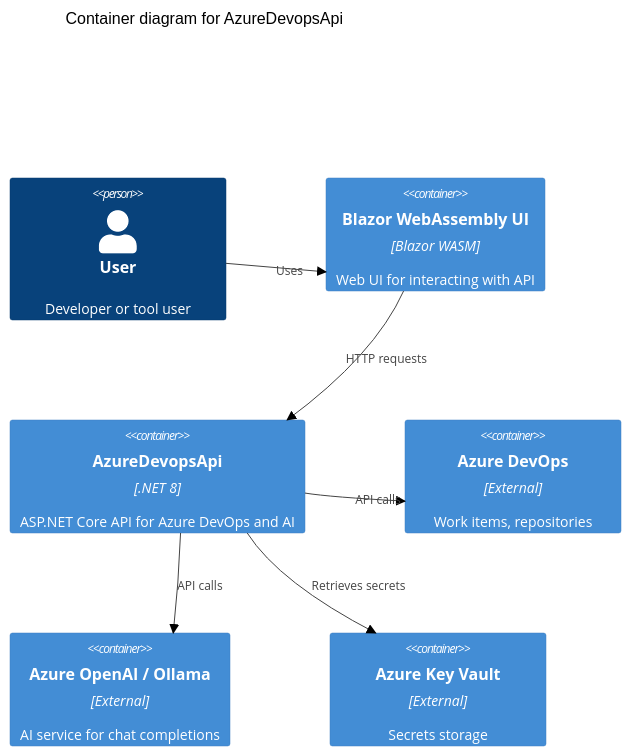
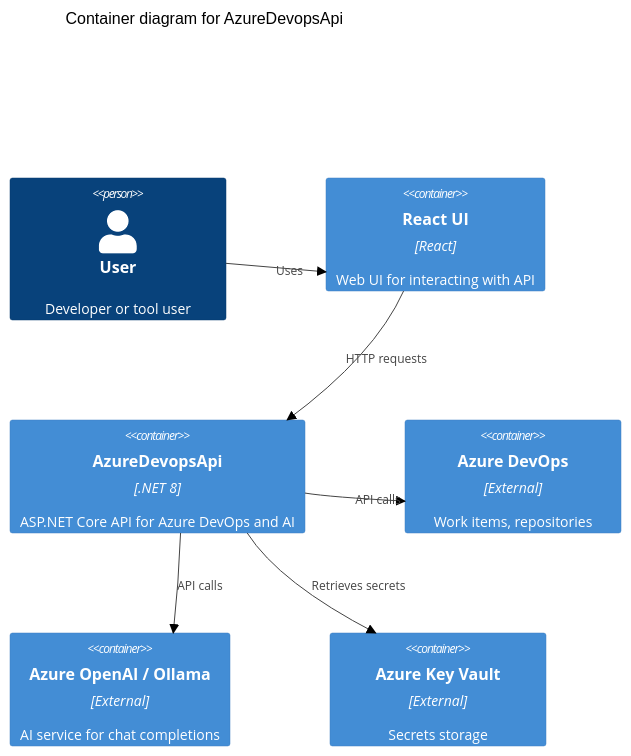
The third of 4 diagrams in ARCHITECTURE.md (tomblanchard312/AzureDevopsApi), drawn with Mermaid (forest theme) before and after one commit. The commit also changed other lines of this file and 47 other files, not shown here.

````diff
--- a/ARCHITECTURE.md
+++ b/ARCHITECTURE.md
@@ -109,17 +109,17 @@
 ```mermaid
 C4Container
   title Container diagram for AzureDevopsApi
 
   Person(user, "User", "Developer or tool user")
-  Container(ui, "Blazor WebAssembly UI", "Blazor WASM", "Web UI for interacting with API")
+  Container(ui, "React UI", "React", "Web UI for interacting with API")
   Container(api, "AzureDevopsApi", ".NET 8", "ASP.NET Core API for Azure DevOps and AI")
   Container(azdo, "Azure DevOps", "External", "Work items, repositories")
   Container(ai, "Azure OpenAI / Ollama", "External", "AI service for chat completions")
   Container(kv, "Azure Key Vault", "External", "Secrets storage")
 
   Rel(user, ui, "Uses")
   Rel(ui, api, "HTTP requests")
   Rel(api, azdo, "API calls")
   Rel(api, ai, "API calls")
   Rel(api, kv, "Retrieves secrets")
 ```
````
